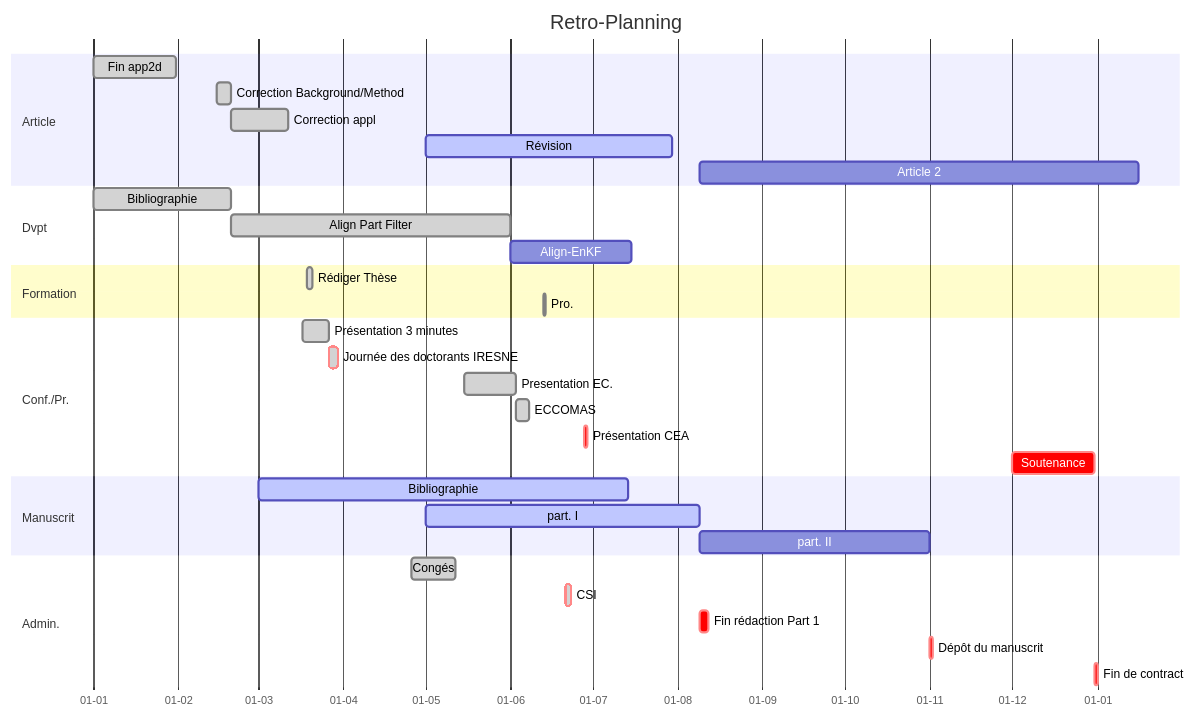
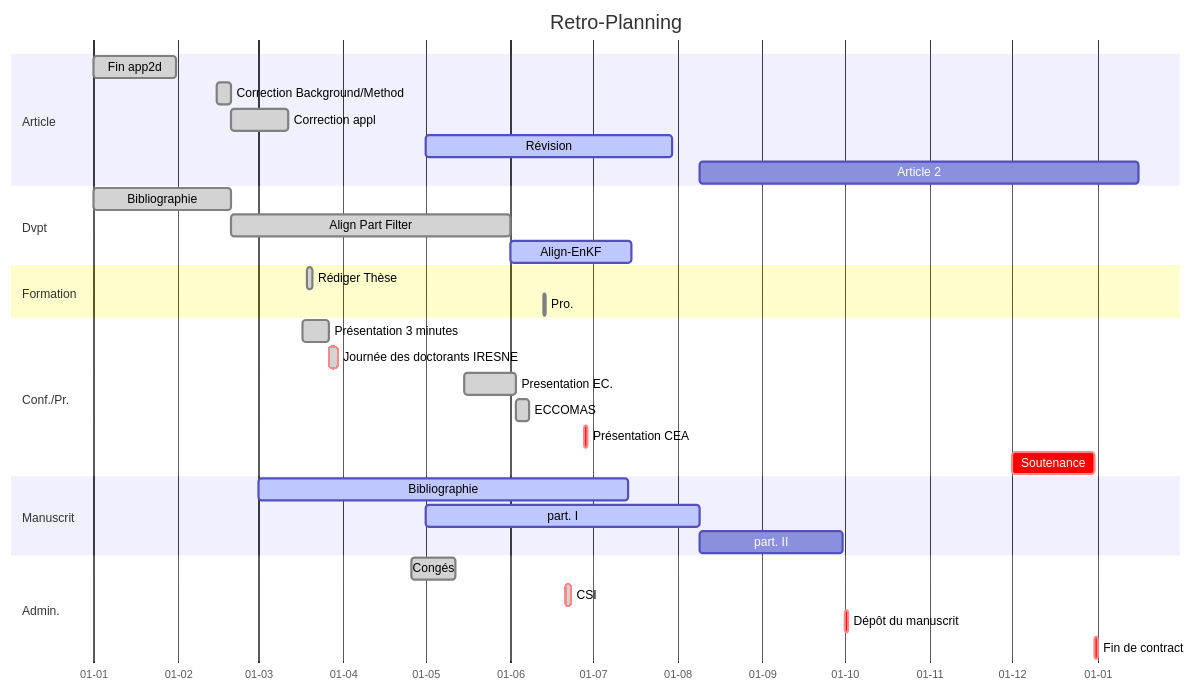
One commit to marius-duvillard/mar-dvd-thesis changed the diagram in organisation/reverse_planning.mmd. Above: the diagram before and after it, drawn with Mermaid. The commit also changed 11 other files, not shown here.

```diff
--- a/organisation/reverse_planning.mmd
+++ b/organisation/reverse_planning.mmd
@@ -1,38 +1,37 @@
 
 gantt
     title Retro-Planning
     dateFormat DD-MM-YYYY
     axisFormat %d-%m
     section Article
         Fin app2d: done, a0, 01-01-2024,30d
         Correction Background/Method: done,a1, 15-02-2024, 5d
         Correction appl:done,a2,after a1, 21d
         Révision: active, 01-05-2024, 90d
         Article 2: after a5, 160d 
 
     section Dvpt  
         Bibliographie: done,d1, 01-01-2024, 20-02-2024
         Align Part Filter: done, d2,after d1, 01-06-2024
-        Align-EnKF: after d2, 15-07-2024
+        Align-EnKF: active, after d2, 15-07-2024
 
     section Formation
         Rédiger Thèse: done, f1, 19-03-2024,21-03-2024
         Pro.: done, f2, 13-06-2024,1d
 
     section Conf./Pr.
         Présentation 3 minutes: done, p1, 17-03-2024, 10d
         Journée des doctorants IRESNE:done, crit, after p1, 27-03-2024, 3d
         Presentation EC.: done, p3, 15-05-2024, 03-06-2024
         ECCOMAS: done, 03-06-2024, 5d
         Présentation CEA: crit, 28-06-2024, 1d
         Soutenance: crit, 01-12-2024, 31-12-2024
     section Manuscrit
         Bibliographie: active,a4, 01-03-2024, 135d
         part. I: active,a5, 01-05-2024, 09-08-2024
-        part. II: after a5, 84d
+        part. II: after a5, 52d
     section Admin.
         Congés: done,&d1, 26-04-2024, 12-05-2024
         CSI: done,crit, 21-06-2024,2d
-        Fin rédaction Part 1: crit, 09-08-2024, 3d
-        Dépôt du manuscrit: crit, 01-11-2024, 0.5d
+        Dépôt du manuscrit: crit, 01-10-2024, 0.5d
         Fin de contract: crit, 31-12-2024,0.5d
```
